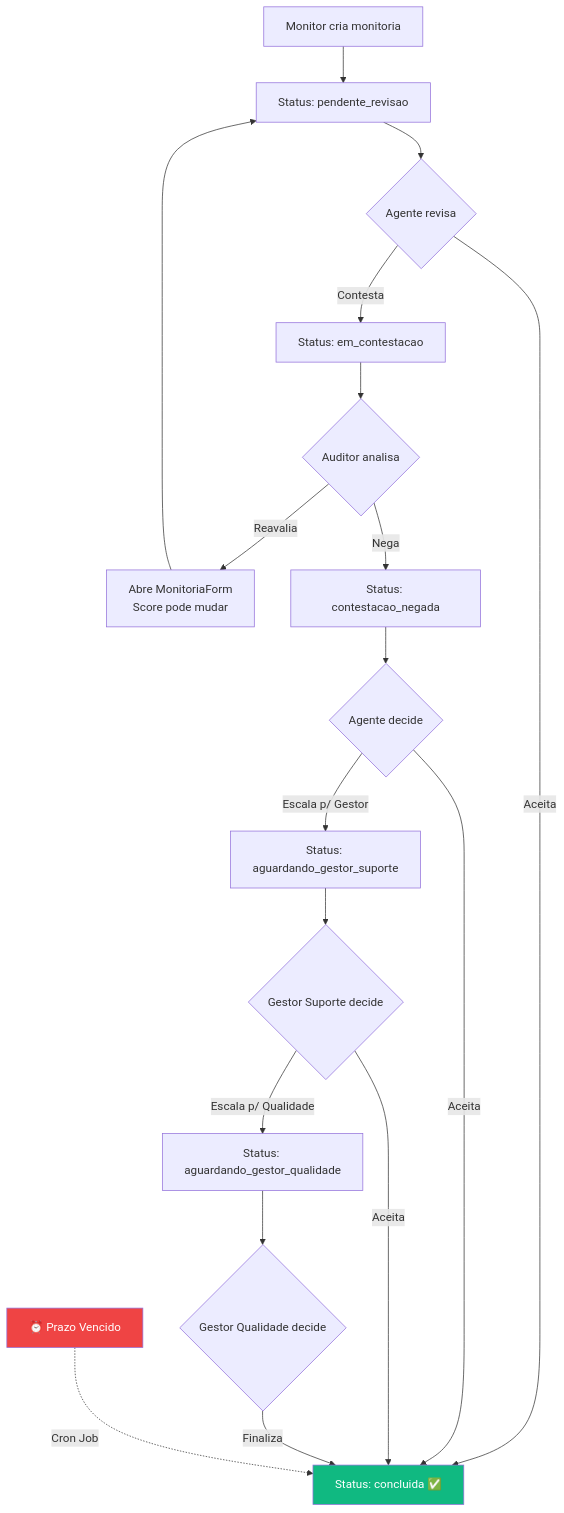
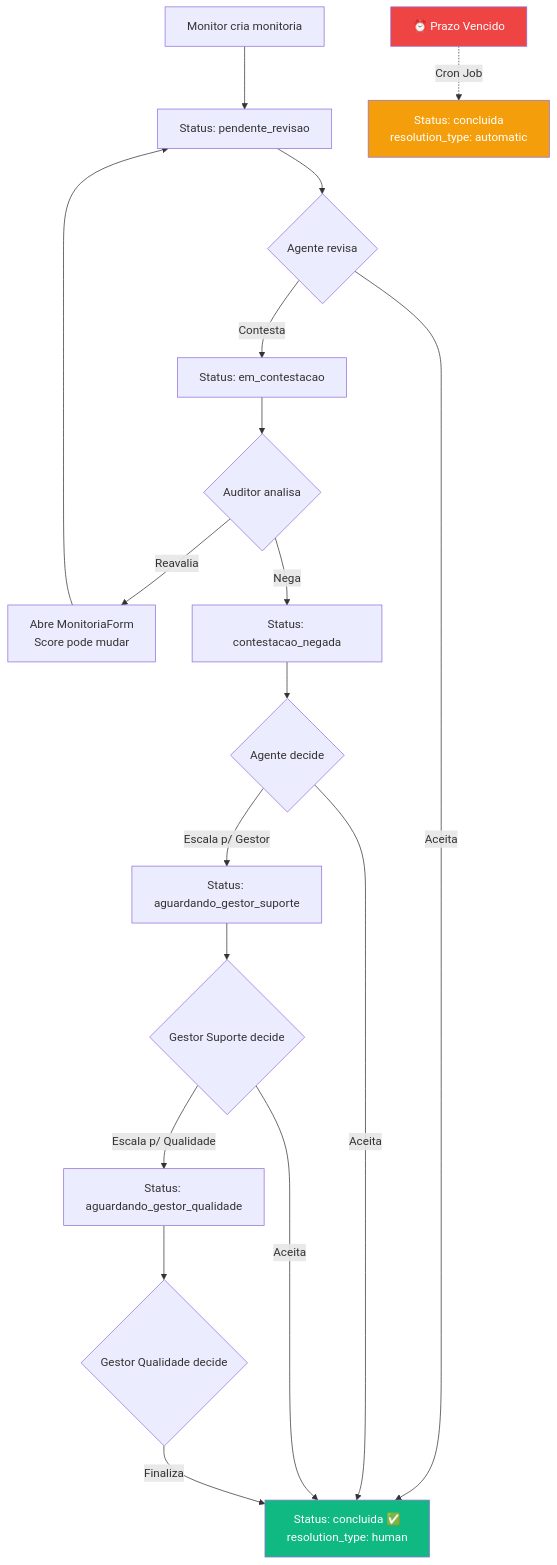
The diagram in docs/flows/monitoria.md (allanscode/QualiTrack), drawn with Mermaid before and after one commit. The commit also changed other lines of this file and 19 other files, not shown here.

````diff
--- a/docs/flows/monitoria.md
+++ b/docs/flows/monitoria.md
@@ -9,29 +9,30 @@
 ```mermaid
 flowchart TD
     A["Monitor cria monitoria"] --> B["Status: pendente_revisao"]
     B --> C{"Agente revisa"}
-    
-    C -->|"Aceita"| D["Status: concluida ✅"]
+
+    C -->|"Aceita"| D["Status: concluida ✅<br/>resolution_type: human"]
     C -->|"Contesta"| E["Status: em_contestacao"]
-    
+
     E --> F{"Auditor analisa"}
     F -->|"Reavalia"| G["Abre MonitoriaForm<br/>Score pode mudar"]
     G --> B
     F -->|"Nega"| H["Status: contestacao_negada"]
-    
+
     H --> I{"Agente decide"}
     I -->|"Aceita"| D
     I -->|"Escala p/ Gestor"| J["Status: aguardando_gestor_suporte"]
-    
+
     J --> K{"Gestor Suporte decide"}
     K -->|"Aceita"| D
     K -->|"Escala p/ Qualidade"| L["Status: aguardando_gestor_qualidade"]
-    
+
     L --> M{"Gestor Qualidade decide"}
     M -->|"Finaliza"| D
-    
-    N["⏰ Prazo Vencido"] -.->|"Cron Job"| D
-    
+
+    N["⏰ Prazo Vencido"] -.->|"Cron Job"| D2["Status: concluida<br/>resolution_type: automatic"]
+
     style D fill:#10B981,color:white
+    style D2 fill:#F59E0B,color:white
     style N fill:#EF4444,color:white
 ```
````
